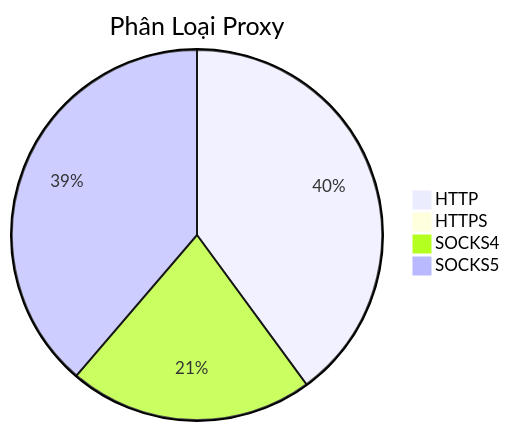
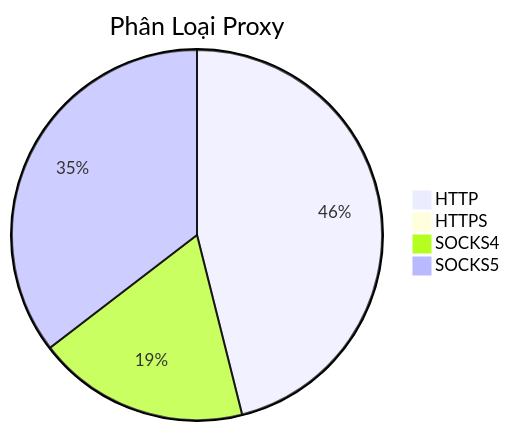
Before and after one commit to Ciara-12/PROXY-free: the diagram in README.md, drawn with Mermaid. The commit also changed other lines of this file and 3 other files, not shown here.

````diff
--- a/README.md
+++ b/README.md
@@ -26,7 +26,7 @@
 ```mermaid
 pie title Phân Loại Proxy
-    "HTTP" : 855
+    "HTTP" : 899
     "HTTPS" : 0
-    "SOCKS4" : 457
-    "SOCKS5" : 829
+    "SOCKS4" : 361
+    "SOCKS5" : 691
 ```
````
